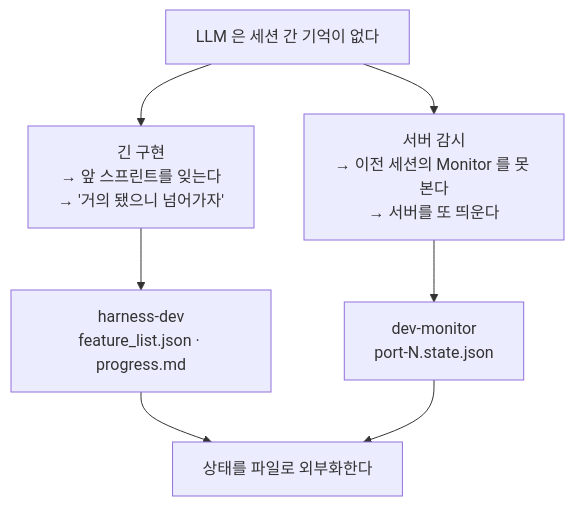
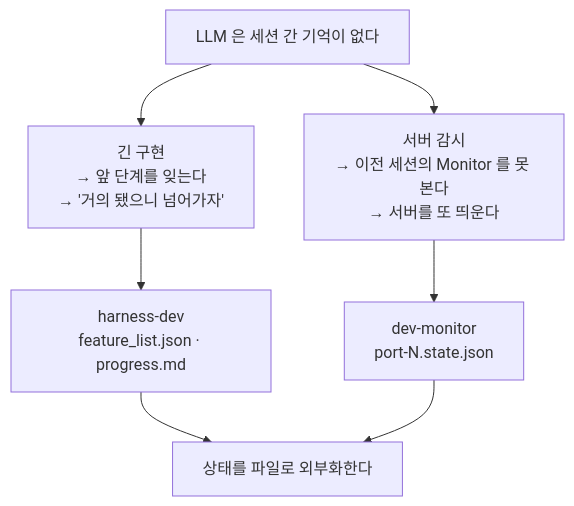
Before and after one commit to kbk109-dev/kbk109-plugins-marketplace: the first of 3 diagrams in docs/guide/harness-devkit.md, drawn with Mermaid. The commit also changed other lines of this file and 5 other files, not shown here.

````diff
--- a/docs/guide/harness-devkit.md
+++ b/docs/guide/harness-devkit.md
@@ -33,10 +33,10 @@
 ```mermaid
 flowchart TB
   L["LLM 은 세션 간 기억이 없다"]
-  L --> A["긴 구현<br/>→ 앞 스프린트를 잊는다<br/>→ '거의 됐으니 넘어가자'"]
+  L --> A["긴 구현<br/>→ 앞 단계를 잊는다<br/>→ '거의 됐으니 넘어가자'"]
   L --> B["서버 감시<br/>→ 이전 세션의 Monitor 를 못 본다<br/>→ 서버를 또 띄운다"]
   A --> HD["harness-dev<br/>feature_list.json · progress.md"]
   B --> DM["dev-monitor<br/>port-N.state.json"]
   HD --> S["상태를 파일로 외부화한다"]
   DM --> S
 ```
````
